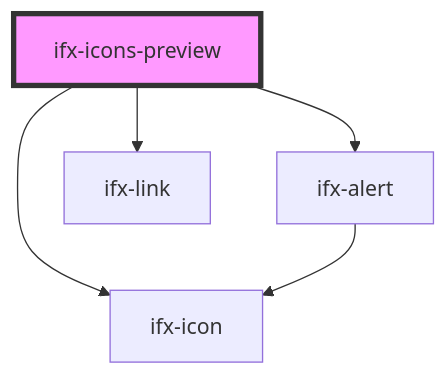
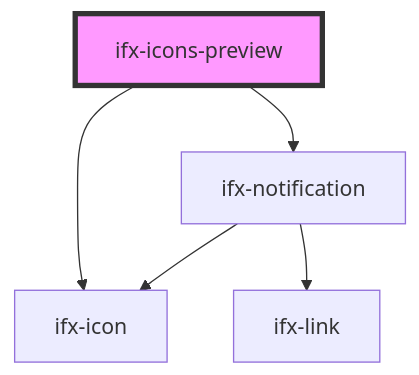
Before and after one commit to Infineon/infineon-design-system-stencil: the diagram in packages/components/src/components/icons-preview/readme.md, drawn with Mermaid. The commit also changed other lines of this file and 4 other files, not shown here.

Commit message:
replaced alert with notification

````diff
--- a/packages/components/src/components/icons-preview/readme.md
+++ b/packages/components/src/components/icons-preview/readme.md
@@ -17,8 +16,8 @@
 ```mermaid
 graph TD;
-  ifx-icons-preview --> ifx-alert
-  ifx-icons-preview --> ifx-link
+  ifx-icons-preview --> ifx-notification
   ifx-icons-preview --> ifx-icon
-  ifx-alert --> ifx-icon
+  ifx-notification --> ifx-icon
+  ifx-notification --> ifx-link
   style ifx-icons-preview fill:#f9f,stroke:#333,stroke-width:4px
 ```
````
